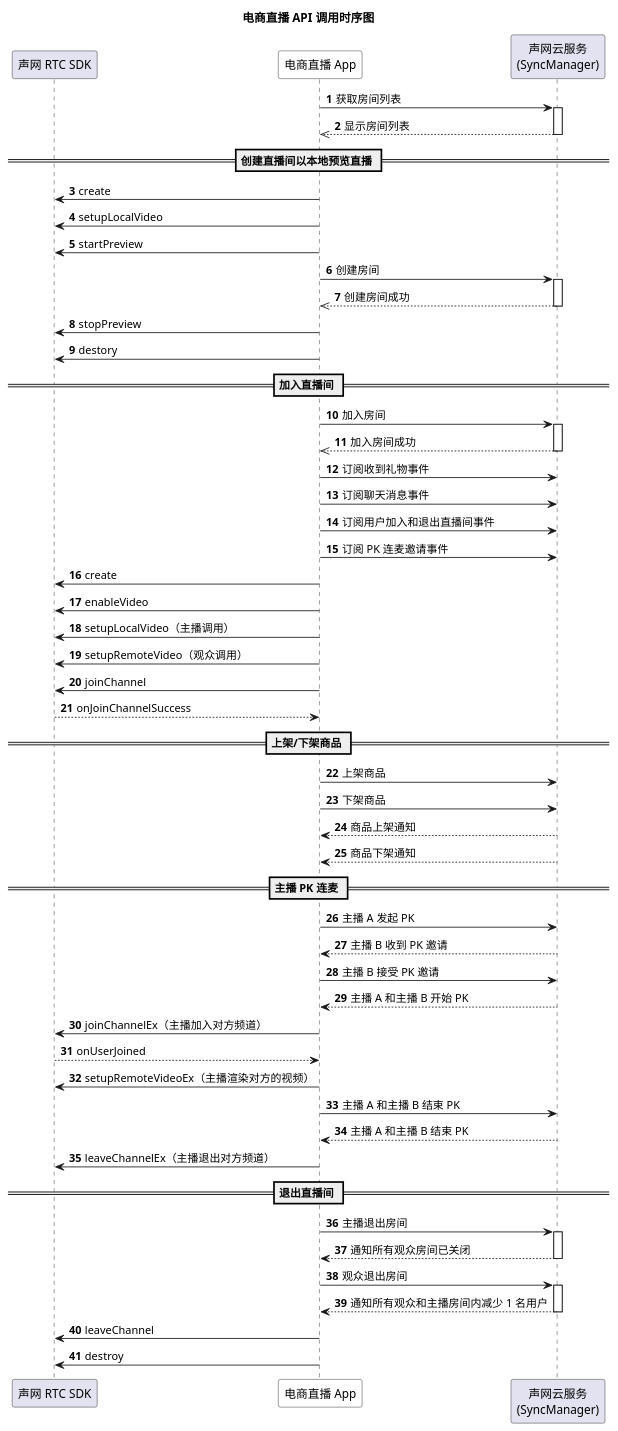
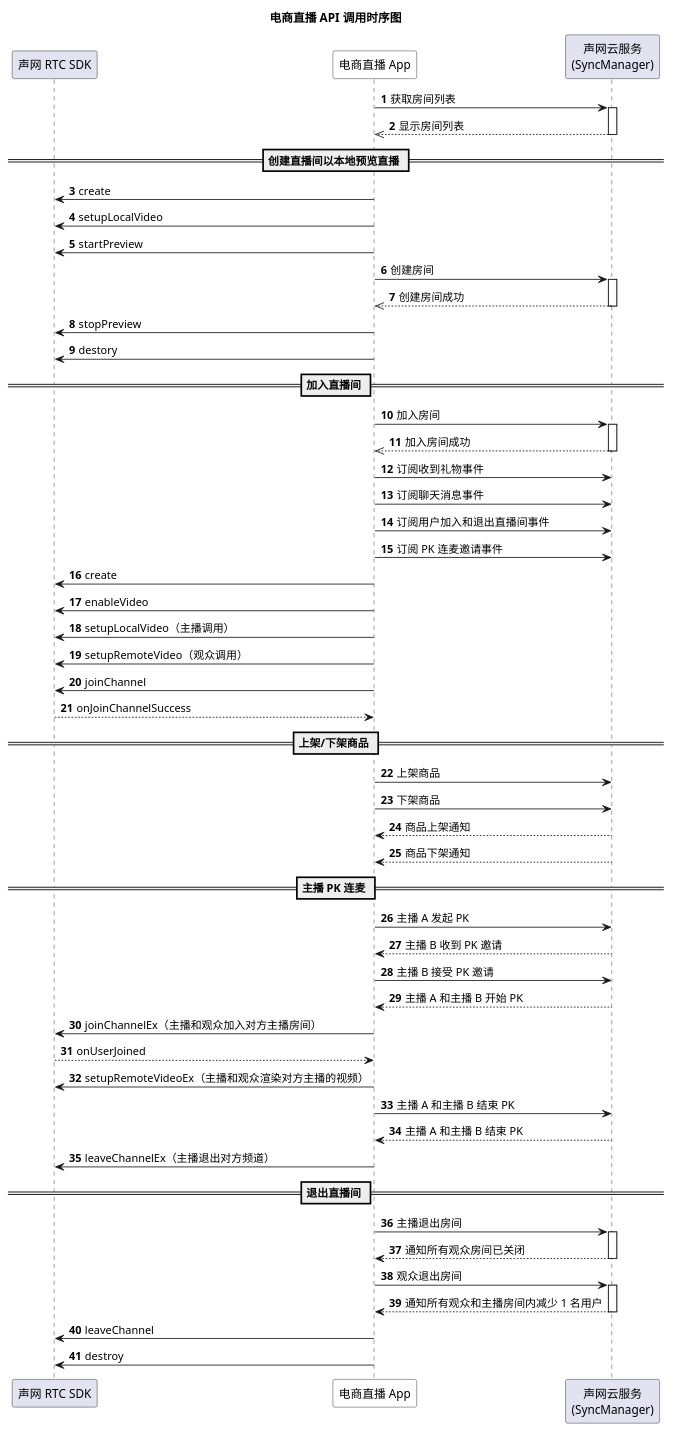
Before and after one commit to AgoraIO/agora_doc_source: the diagram in markdown/Live-stream Shopping/api-sequence.wsd, drawn with PlantUML. The commit also changed 1 other file, not shown here.

```diff
--- a/markdown/Live-stream Shopping/api-sequence.wsd
+++ b/markdown/Live-stream Shopping/api-sequence.wsd
@@ -1,63 +1,63 @@
 @startuml
 autonumber
 title 电商直播 API 调用时序图
 participant "声网 RTC SDK" as sdk
 participant "电商直播 App" as app #White
 participant "声网云服务\n(SyncManager)" as cloud
 app -> cloud: 获取房间列表
 activate cloud
 cloud -->> app: 显示房间列表
 deactivate cloud
 == 创建直播间以本地预览直播 ==
 app -> sdk: create
 app -> sdk: setupLocalVideo
 app -> sdk: startPreview
 app -> cloud: 创建房间
 activate cloud
 cloud -->> app: 创建房间成功
 deactivate cloud
 app -> sdk: stopPreview
 app -> sdk: destory
 == 加入直播间 ==
 app -> cloud: 加入房间
 activate cloud
 cloud -->> app: 加入房间成功
 deactivate cloud
 app -> cloud: 订阅收到礼物事件
 app -> cloud: 订阅聊天消息事件
 app -> cloud: 订阅用户加入和退出直播间事件
 app -> cloud: 订阅 PK 连麦邀请事件
 app -> sdk: create
 app -> sdk: enableVideo
 app -> sdk: setupLocalVideo（主播调用）
 app -> sdk: setupRemoteVideo（观众调用）
 app -> sdk: joinChannel
 sdk --> app: onJoinChannelSuccess
 == 上架/下架商品 ==
 app -> cloud: 上架商品
 app -> cloud: 下架商品
 cloud --> app: 商品上架通知
 cloud --> app: 商品下架通知
 == 主播 PK 连麦 ==
 app -> cloud: 主播 A 发起 PK
 cloud --> app: 主播 B 收到 PK 邀请
 app -> cloud: 主播 B 接受 PK 邀请
 cloud --> app: 主播 A 和主播 B 开始 PK
-app -> sdk: joinChannelEx（主播加入对方频道）
+app -> sdk: joinChannelEx（主播和观众加入对方主播房间）
 sdk --> app: onUserJoined
-app -> sdk: setupRemoteVideoEx（主播渲染对方的视频）
+app -> sdk: setupRemoteVideoEx（主播和观众渲染对方主播的视频）
 app -> cloud: 主播 A 和主播 B 结束 PK
 cloud --> app: 主播 A 和主播 B 结束 PK
 app -> sdk: leaveChannelEx（主播退出对方频道）
 == 退出直播间 ==
 app -> cloud: 主播退出房间
 activate cloud
 cloud --> app: 通知所有观众房间已关闭
 deactivate cloud
 app -> cloud: 观众退出房间
 activate cloud
 cloud --> app: 通知所有观众和主播房间内减少 1 名用户
 deactivate cloud
 app -> sdk: leaveChannel
 app -> sdk: destroy
 @enduml
```
